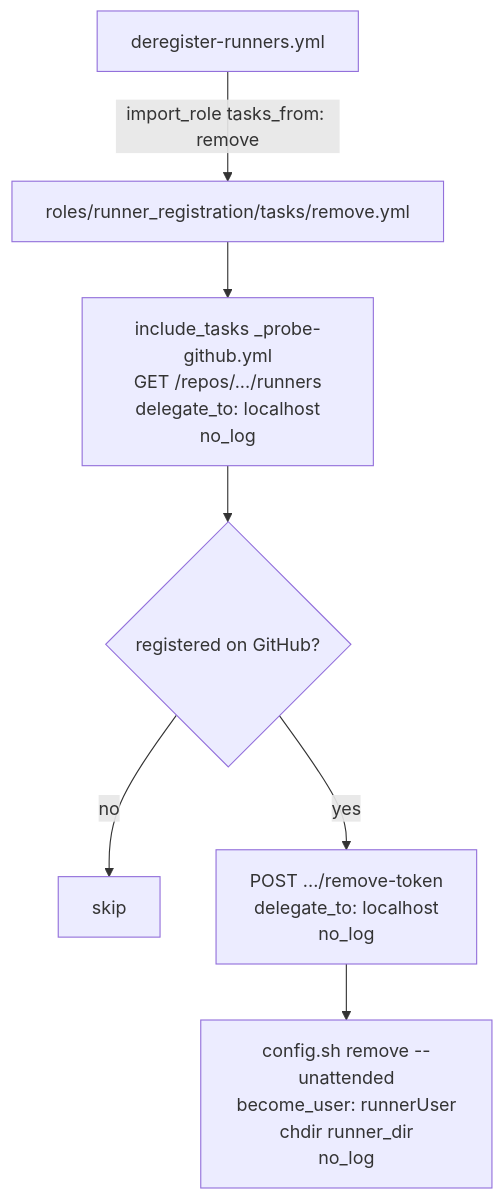
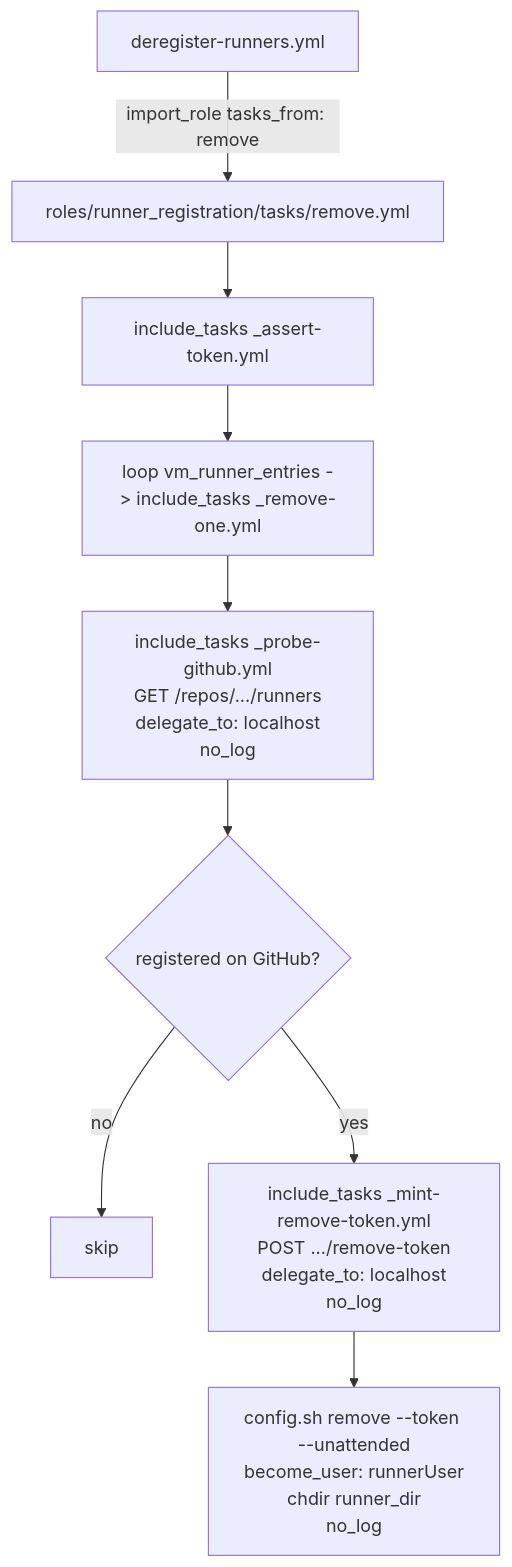
One commit to Klark-Morrigan/Infrastructure-Vm-Ansible changed the third of 8 diagrams in docs/dev/implementation/09-github-runners-deregistration/plan.md. Above: the diagram before and after it, drawn with Mermaid. The commit also changed other lines of this file and 1 other file, not shown here.

````diff
--- a/docs/dev/implementation/09-github-runners-deregistration/plan.md
+++ b/docs/dev/implementation/09-github-runners-deregistration/plan.md
@@ -568,9 +589,11 @@
 ```mermaid
 flowchart TD
     PB[deregister-runners.yml] -->|import_role tasks_from: remove| RR[roles/runner_registration/tasks/remove.yml]
-    RR --> PG[include_tasks _probe-github.yml<br/>GET /repos/.../runners<br/>delegate_to: localhost<br/>no_log]
+    RR --> AT[include_tasks _assert-token.yml]
+    AT --> RL[loop vm_runner_entries -> include_tasks _remove-one.yml]
+    RL --> PG[include_tasks _probe-github.yml<br/>GET /repos/.../runners<br/>delegate_to: localhost<br/>no_log]
     PG --> SW{registered on GitHub?}
     SW -->|no| OK[skip]
-    SW -->|yes| RT[POST .../remove-token<br/>delegate_to: localhost<br/>no_log]
-    RT --> CFG[config.sh remove --unattended<br/>become_user: runnerUser<br/>chdir runner_dir<br/>no_log]
+    SW -->|yes| RT[include_tasks _mint-remove-token.yml<br/>POST .../remove-token<br/>delegate_to: localhost<br/>no_log]
+    RT --> CFG[config.sh remove --token --unattended<br/>become_user: runnerUser<br/>chdir runner_dir<br/>no_log]
 ```
````
